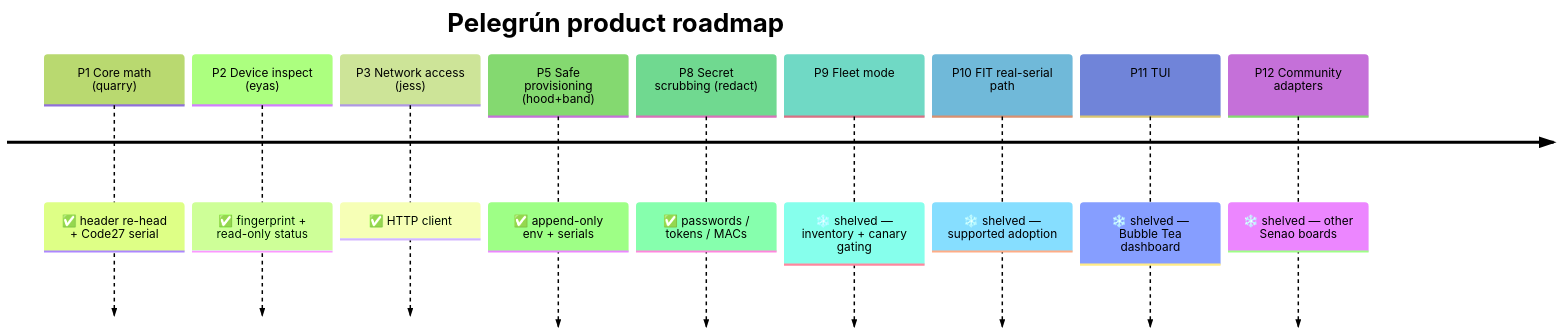
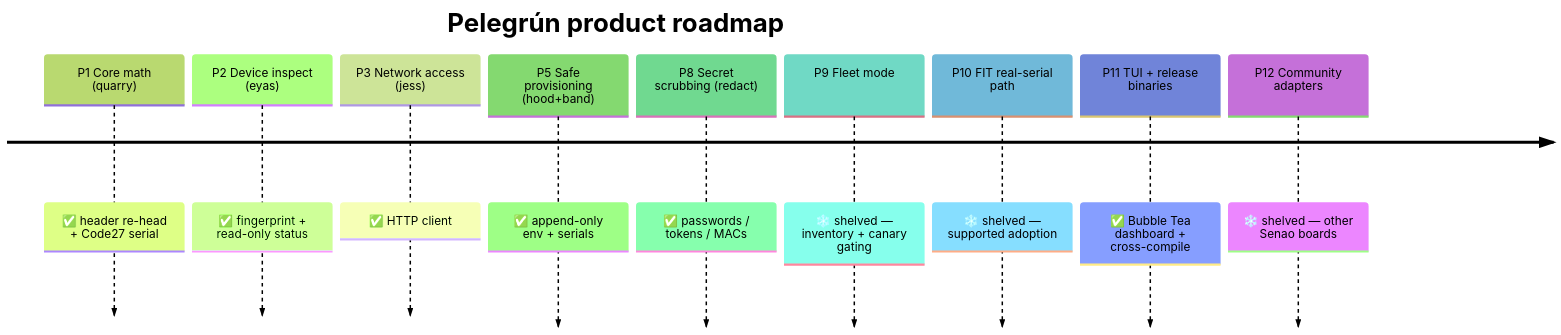
The second of 2 diagrams in ROADMAP.md (ParkWardRR/pelegrun-ap-hk07-firmware-tools), drawn with Mermaid (forest theme) before and after one commit. The commit also changed other lines of this file and 21 other files, not shown here.

First line of the commit message:
feat: restore TUI, screenshots, and tour gif; keep Bubble Tea dashboard

````diff
--- a/ROADMAP.md
+++ b/ROADMAP.md
@@ -54,13 +54,13 @@
 ```mermaid
 timeline
     title Pelegrún product roadmap
     P1 Core math (quarry) : ✅ header re-head + Code27 serial
     P2 Device inspect (eyas) : ✅ fingerprint + read-only status
     P3 Network access (jess) : ✅ HTTP client
     P5 Safe provisioning (hood+band) : ✅ append-only env + serials
     P8 Secret scrubbing (redact) : ✅ passwords / tokens / MACs
     P9 Fleet mode : ❄️ shelved — inventory + canary gating
     P10 FIT real-serial path : ❄️ shelved — supported adoption
-    P11 TUI : ❄️ shelved — Bubble Tea dashboard
+    P11 TUI + release binaries : ✅ Bubble Tea dashboard + cross-compile
     P12 Community adapters : ❄️ shelved — other Senao boards
 ```
````
